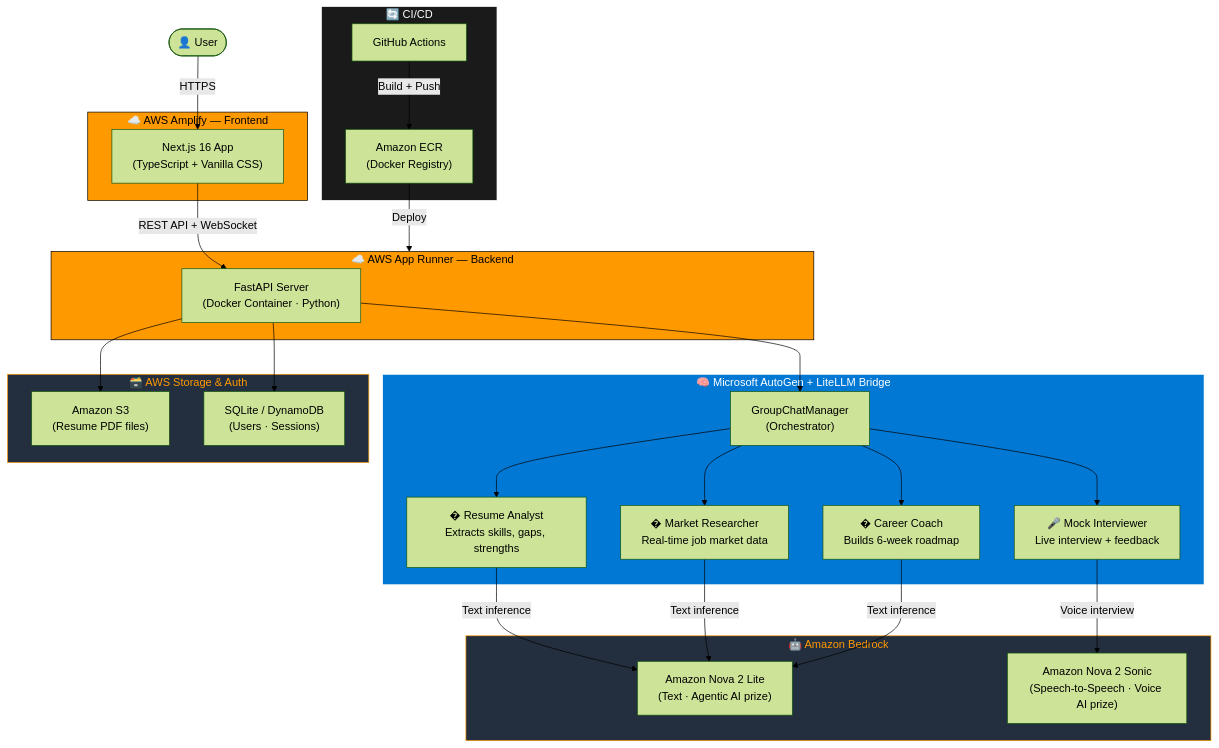
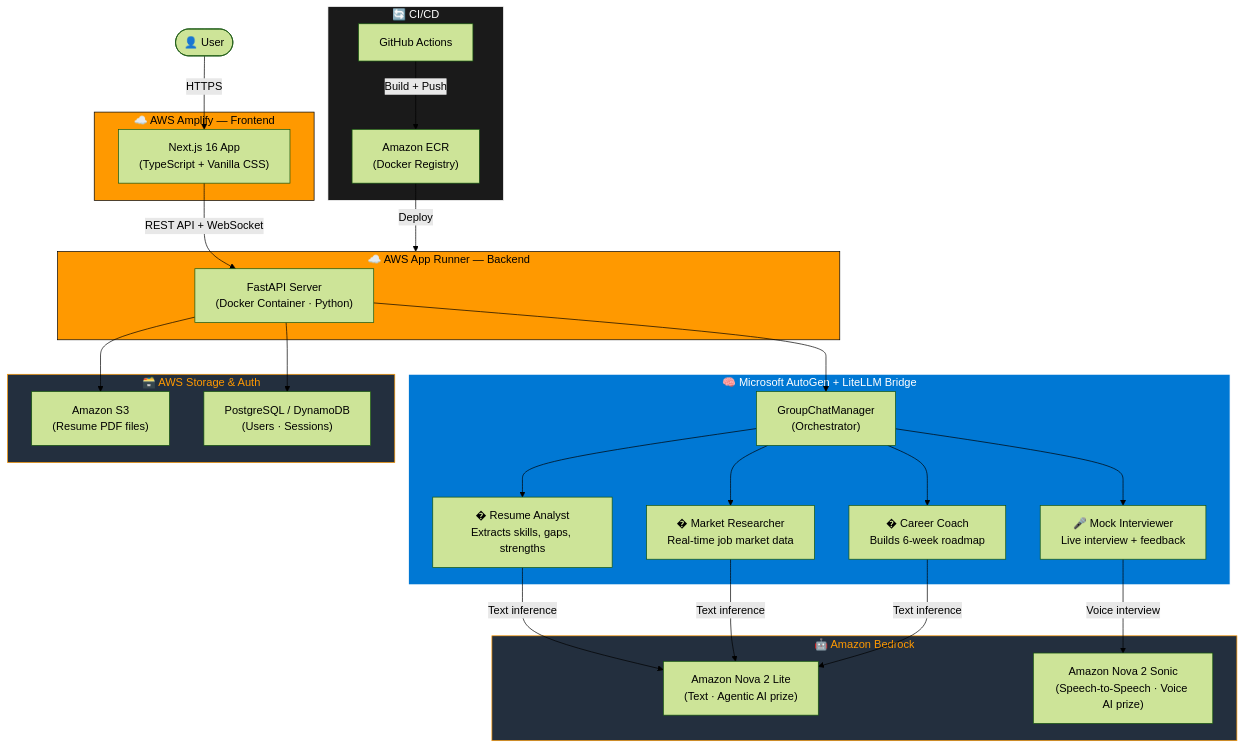
One commit to Anil-Pradhan-web/ai-career-mentor changed the second of 2 diagrams in README.md. Above: the diagram before and after it, drawn with Mermaid (forest theme). The commit also changed other lines of this file, not shown here.

Commit message:
docs: update README to reflect PostgreSQL migration

````diff
--- a/README.md
+++ b/README.md
@@ -127,53 +127,53 @@
 ```mermaid
 flowchart TD
     User(["👤 User"])
 
     subgraph Amplify ["☁️ AWS Amplify — Frontend"]
         FE["Next.js 16 App\n(TypeScript + Vanilla CSS)"]
     end
 
     subgraph AppRunner ["☁️ AWS App Runner — Backend"]
         API["FastAPI Server\n(Docker Container · Python)"]
     end
 
     subgraph Agents ["🧠 Microsoft AutoGen + LiteLLM Bridge"]
         ORCH["GroupChatManager\n(Orchestrator)"]
         A1["� Resume Analyst\nExtracts skills, gaps, strengths"]
         A2["� Market Researcher\nReal-time job market data"]
         A3["�️ Career Coach\nBuilds 6-week roadmap"]
         A4["🎤 Mock Interviewer\nLive interview + feedback"]
     end
 
     subgraph Bedrock ["🤖 Amazon Bedrock"]
         NOVA["Amazon Nova 2 Lite\n(Text · Agentic AI prize)"]
         SONIC["Amazon Nova 2 Sonic\n(Speech-to-Speech · Voice AI prize)"]
     end
 
     subgraph AWSStorage ["🗃️ AWS Storage & Auth"]
         S3["Amazon S3\n(Resume PDF files)"]
-        SQLITE["SQLite / DynamoDB\n(Users · Sessions)"]
+        SQLITE["PostgreSQL / DynamoDB\n(Users · Sessions)"]
     end
 
     subgraph CICD ["🔄 CI/CD"]
         GHA["GitHub Actions"]
         ECR["Amazon ECR\n(Docker Registry)"]
     end
 
     User -->|"HTTPS"| FE
     FE -->|"REST API + WebSocket"| API
     API --> S3
     API --> ORCH
     ORCH --> A1 & A2 & A3 & A4
     A1 & A2 & A3 -->|"Text inference"| NOVA
     A4 -->|"Voice interview"| SONIC
     API --> SQLITE
     GHA -->|"Build + Push"| ECR
     ECR -->|"Deploy"| AppRunner
 
     style Amplify fill:#FF9900,stroke:#000,color:#000
     style AppRunner fill:#FF9900,stroke:#000,color:#000
     style Agents fill:#0078D4,stroke:#fff,color:#fff
     style Bedrock fill:#232F3E,stroke:#FF9900,color:#FF9900
     style AWSStorage fill:#232F3E,stroke:#FF9900,color:#FF9900
     style CICD fill:#1a1a1a,stroke:#fff,color:#fff
 ```
````
